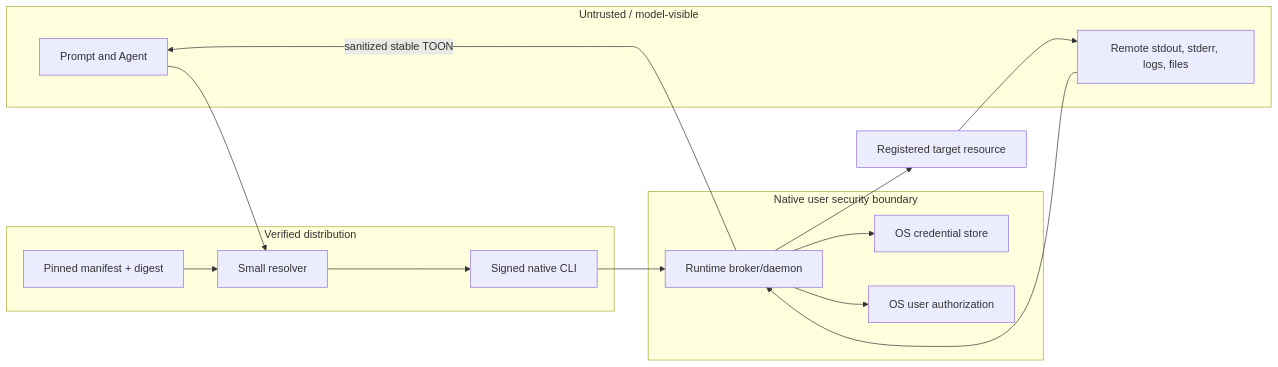
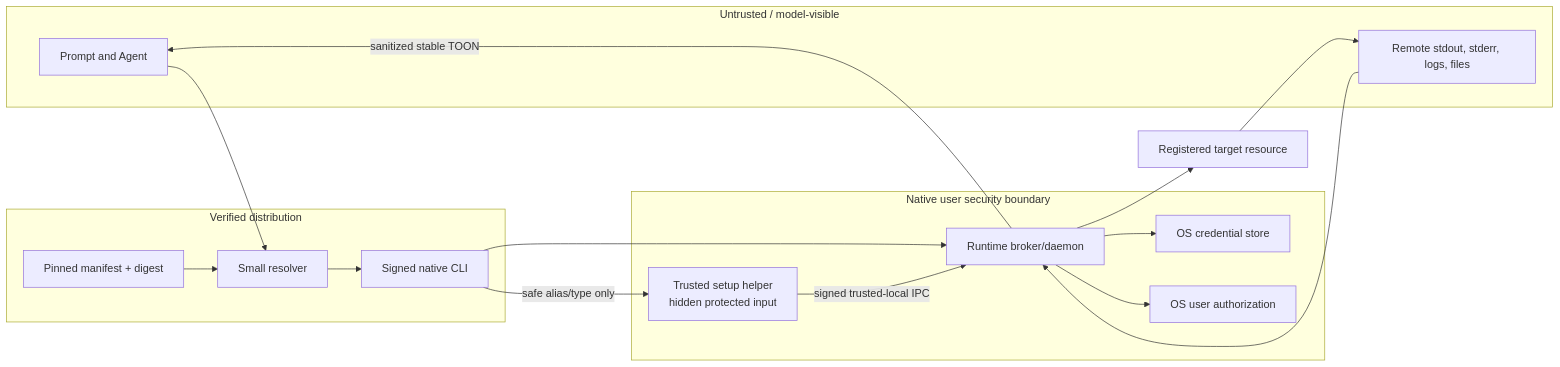
The third of 3 diagrams in docs/architecture.md (juju-w/safa), drawn with Mermaid before and after one commit. The commit also changed other lines of this file and 10 other files, not shown here.

Commit message:
feat(skill): support trusted local resource enrollment

````diff
--- a/docs/architecture.md
+++ b/docs/architecture.md
@@ -117,26 +118,28 @@
 ```mermaid
 flowchart LR
     subgraph Untrusted["Untrusted / model-visible"]
       Prompt["Prompt and Agent"]
       Output["Remote stdout, stderr, logs, files"]
     end
     subgraph Verified["Verified distribution"]
       Launcher["Small resolver"]
       Manifest["Pinned manifest + digest"]
       CLI["Signed native CLI"]
     end
     subgraph Native["Native user security boundary"]
       Broker["Runtime broker/daemon"]
+      Setup["Trusted setup helper\nhidden protected input"]
       Vault["OS credential store"]
       Consent["OS user authorization"]
     end
     Target["Registered target resource"]
 
     Prompt --> Launcher --> CLI --> Broker
+    CLI -->|"safe alias/type only"| Setup -->|"signed trusted-local IPC"| Broker
     Manifest --> Launcher
     Broker --> Vault
     Broker --> Consent
     Broker --> Target
     Target --> Output --> Broker
     Broker -->|"sanitized stable TOON"| Prompt
 ```
````
